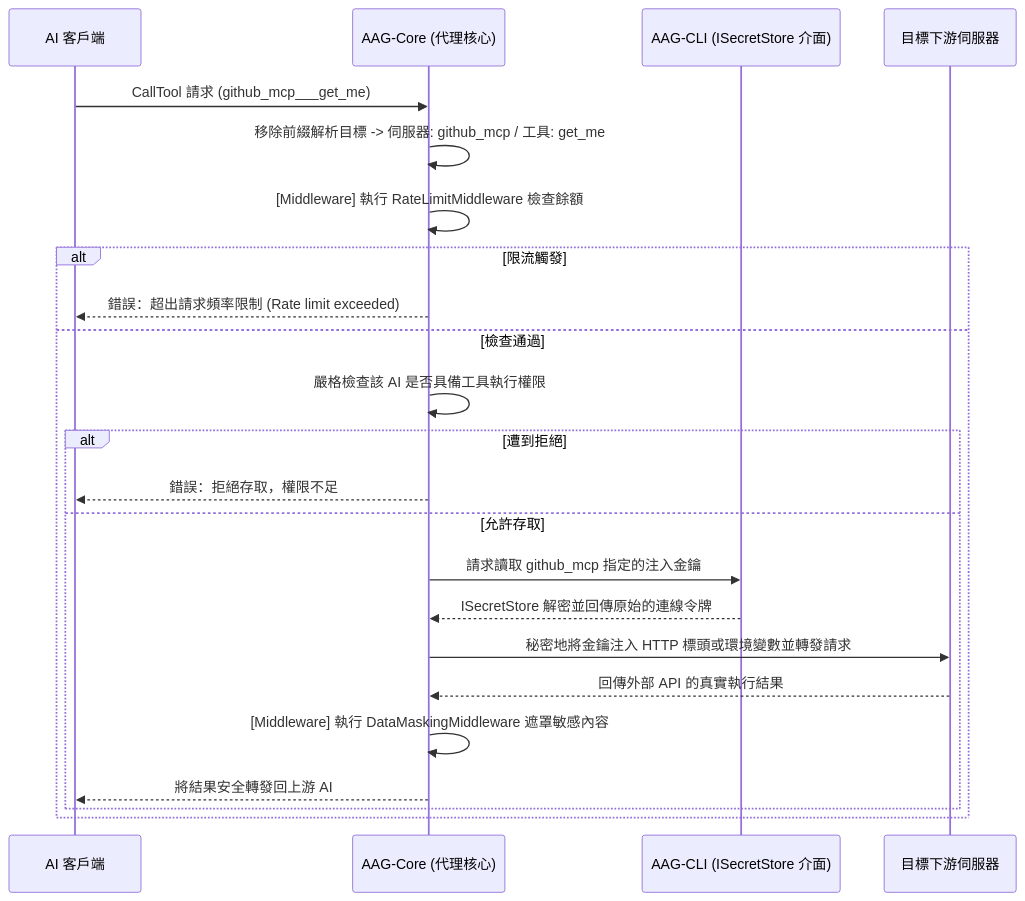
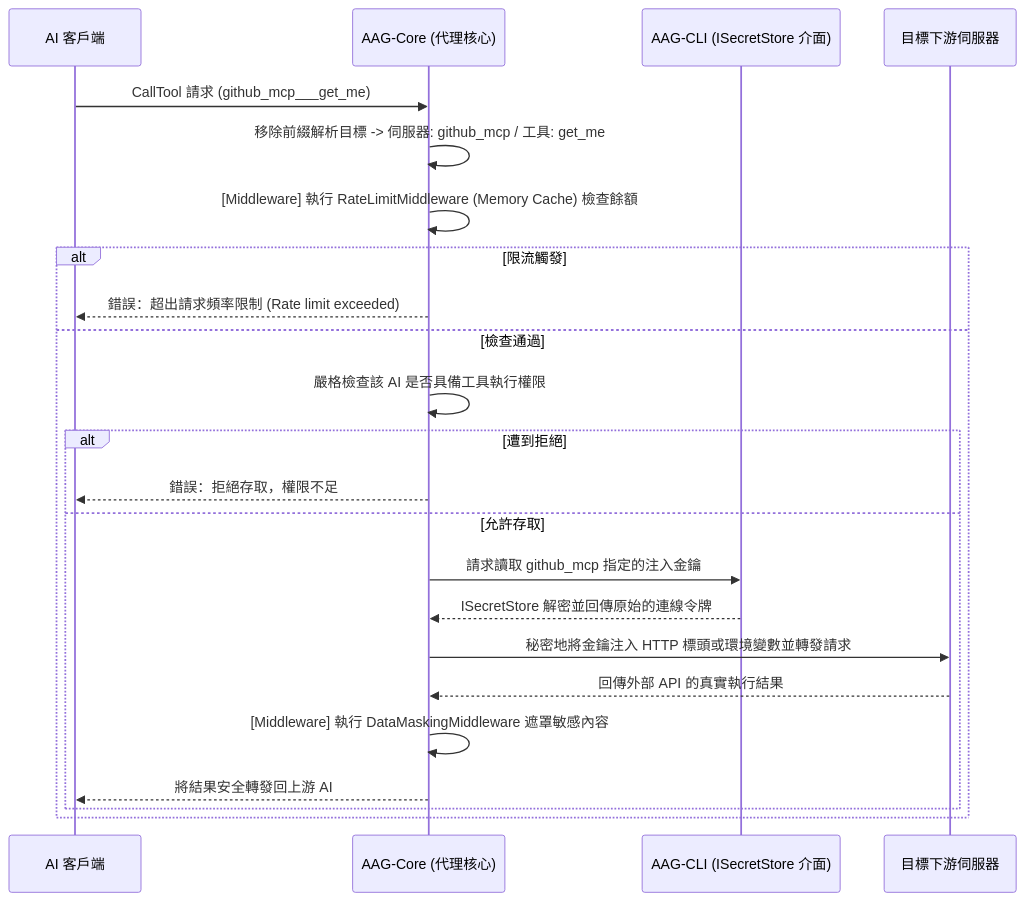
Before and after one commit to Cyber-Sec-Space/ai-auth-gateway: the third of 3 diagrams in ARCHITECTURE_ZH.md, drawn with Mermaid. The commit also changed other lines of this file and 7 other files, not shown here.

Commit message:
docs: update changelog, architecture diagrams, and readmes for rate limit optimizations (v1.0.8/1.0.9)

````diff
--- a/ARCHITECTURE_ZH.md
+++ b/ARCHITECTURE_ZH.md
@@ -125,26 +125,26 @@
 ```mermaid
 sequenceDiagram
     participant AI as AI 客戶端
     participant Core as AAG-Core (代理核心)
     participant KV as AAG-CLI (ISecretStore 介面)
     participant MCP as 目標下游伺服器
 
     AI->>Core: CallTool 請求 (github_mcp___get_me)
     Core->>Core: 移除前綴解析目標 -> 伺服器: github_mcp / 工具: get_me
-    Core->>Core: [Middleware] 執行 RateLimitMiddleware 檢查餘額
+    Core->>Core: [Middleware] 執行 RateLimitMiddleware (Memory Cache) 檢查餘額
     alt 限流觸發
         Core-->>AI: 錯誤：超出請求頻率限制 (Rate limit exceeded)
     else 檢查通過
         Core->>Core: 嚴格檢查該 AI 是否具備工具執行權限
         alt 遭到拒絕
             Core-->>AI: 錯誤：拒絕存取，權限不足
         else 允許存取
             Core->>KV: 請求讀取 github_mcp 指定的注入金鑰
             KV-->>Core: ISecretStore 解密並回傳原始的連線令牌
             Core->>MCP: 秘密地將金鑰注入 HTTP 標頭或環境變數並轉發請求
             MCP-->>Core: 回傳外部 API 的真實執行結果
             Core->>Core: [Middleware] 執行 DataMaskingMiddleware 遮罩敏感內容
             Core-->>AI: 將結果安全轉發回上游 AI
         end
     end
 ```
````
